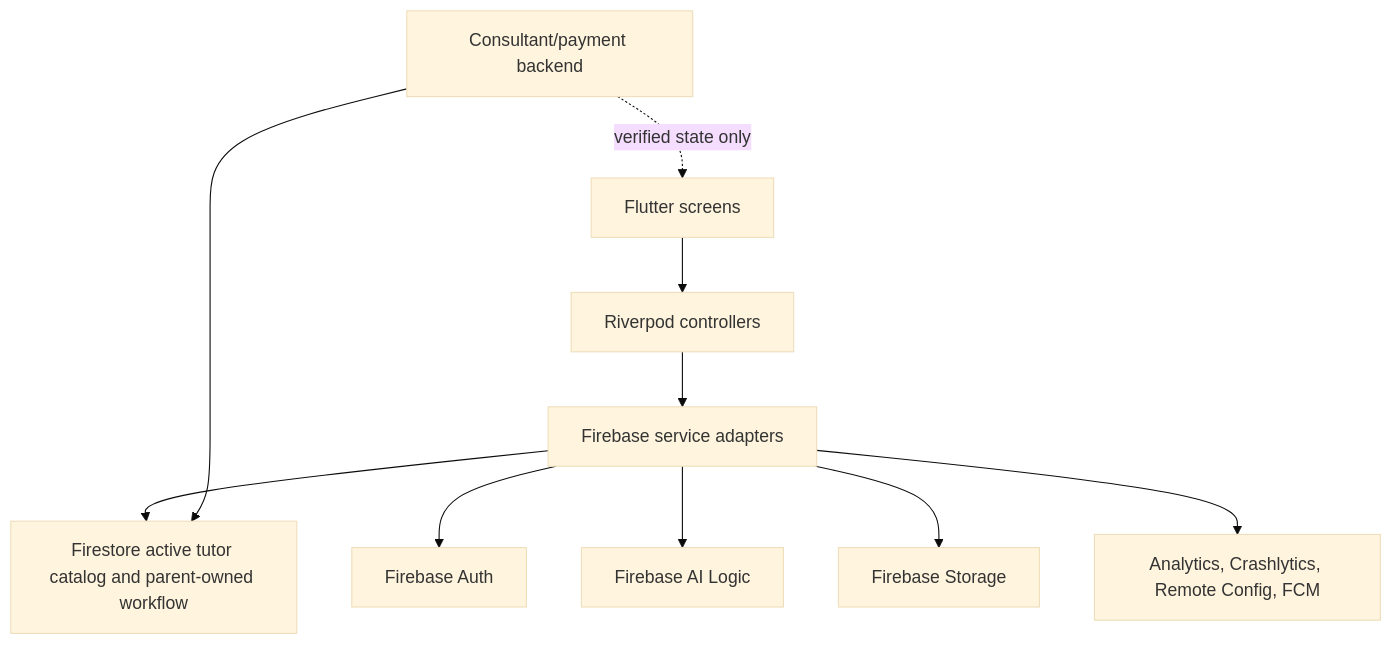
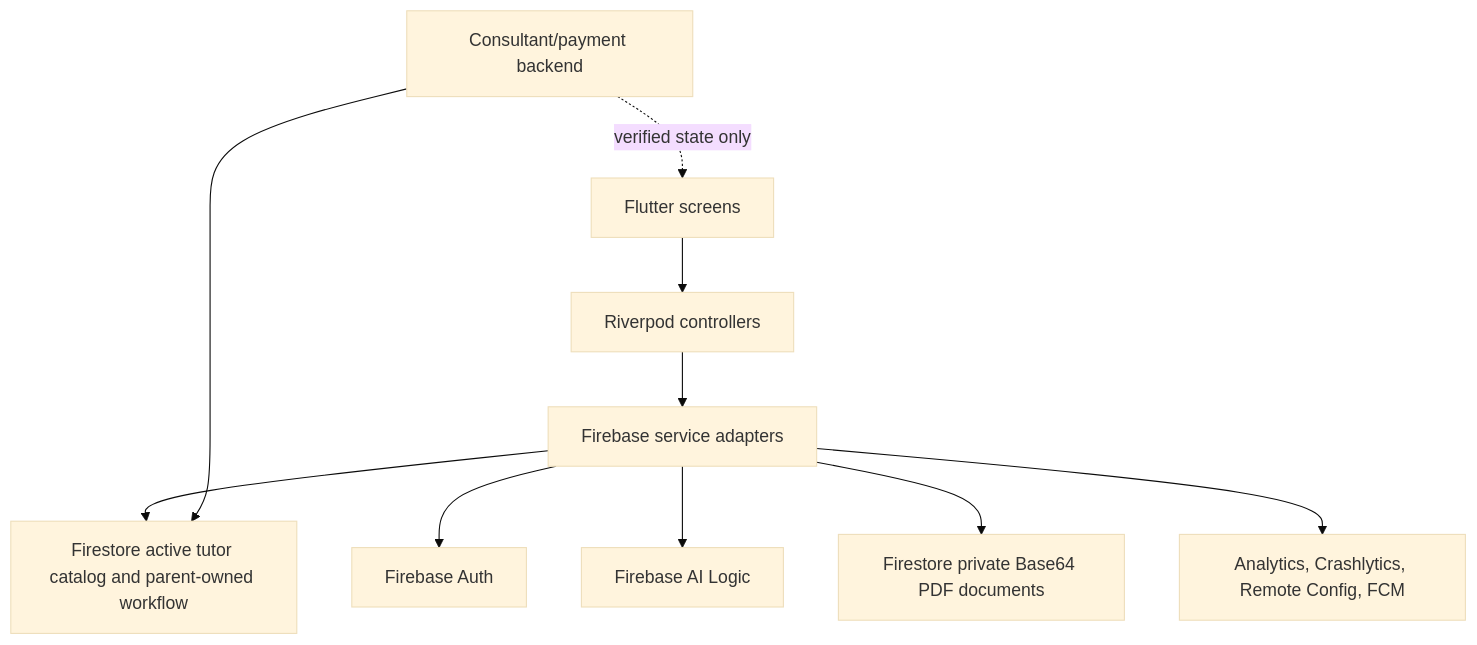
One commit to YukikoKaori/beewise-lab2 changed the first of 2 diagrams in docs/architecture.md. Above: the diagram before and after it, drawn with Mermaid (base theme). The commit also changed other lines of this file and 28 other files, not shown here.

Commit message:
feat(lab3): replace Firebase Storage with Firestore PDF reports

````diff
--- a/docs/architecture.md
+++ b/docs/architecture.md
@@ -26,12 +26,12 @@
 ```mermaid
 flowchart TD
   UI[Flutter screens] --> VM[Riverpod controllers]
   VM --> SVC[Firebase service adapters]
   SVC --> AUTH[Firebase Auth]
   SVC --> DB[Firestore active tutor catalog and parent-owned workflow]
   SVC --> AI[Firebase AI Logic]
-  SVC --> STORE[Firebase Storage]
+  SVC --> REPORTS[Firestore private Base64 PDF documents]
   SVC --> OBS[Analytics, Crashlytics, Remote Config, FCM]
   TRUST[Consultant/payment backend] --> DB
   TRUST -. verified state only .-> UI
 ```
````
